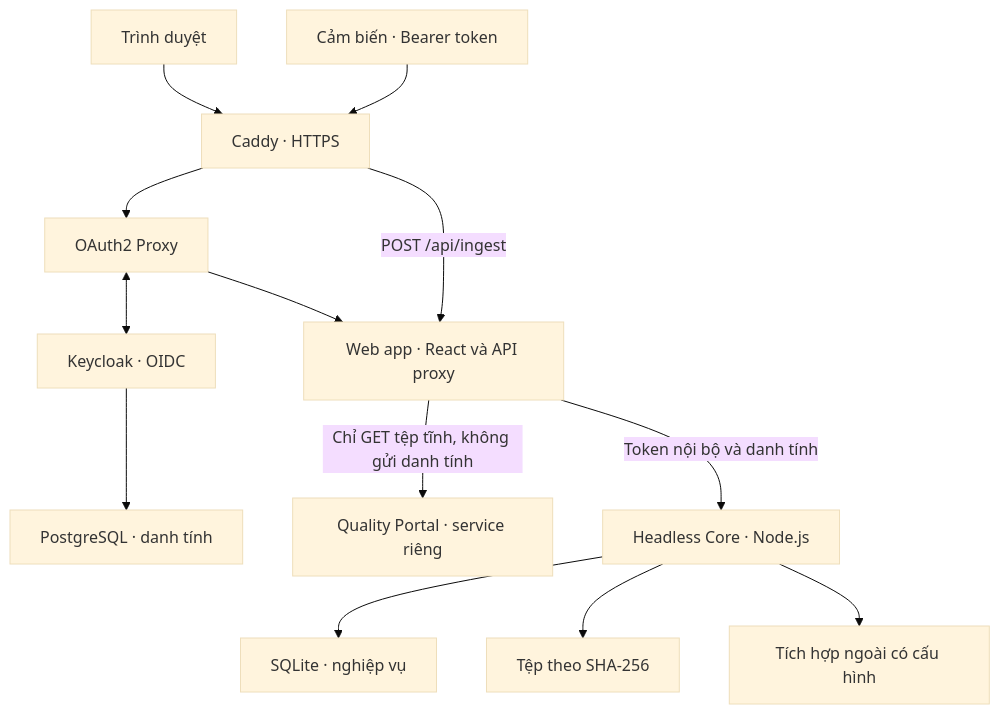
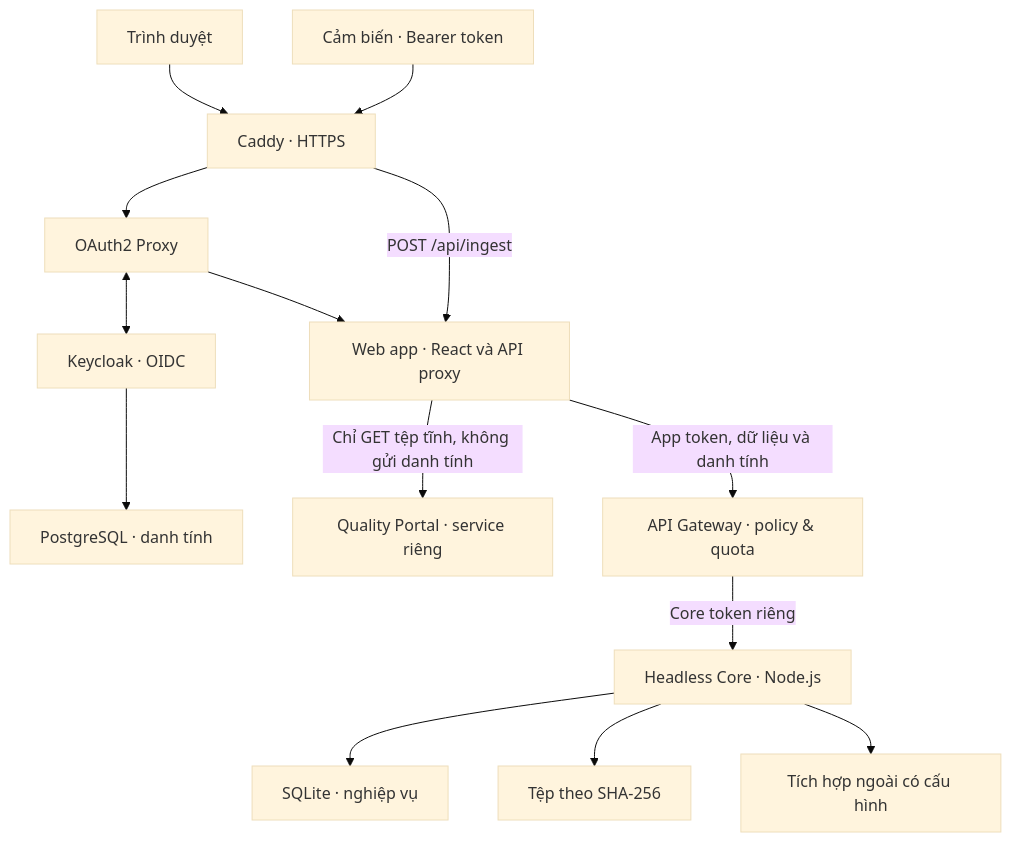
The diagram in README.md (ngochieu1762005/dx_trace), drawn with Mermaid (base theme) before and after one commit. The commit also changed other lines of this file, not shown here.

Commit message:
docs(readme): document gateway boundary without claiming release

````diff
--- a/README.md
+++ b/README.md
@@ -91,15 +91,16 @@
 ```mermaid
 flowchart TD
     Browser["Trình duyệt"] --> Edge["Caddy · HTTPS"]
     Device["Cảm biến · Bearer token"] --> Edge
     Edge --> Signin["OAuth2 Proxy"]
     Signin <--> Identity["Keycloak · OIDC"]
     Identity --> IdentityDB["PostgreSQL · danh tính"]
     Signin --> App["Web app · React và API proxy"]
     Edge -->|"POST /api/ingest"| App
     App -->|"Chỉ GET tệp tĩnh, không gửi danh tính"| QA["Quality Portal · service riêng"]
-    App -->|"Token nội bộ và danh tính"| Core["Headless Core · Node.js"]
+    App -->|"App token, dữ liệu và danh tính"| Policy["API Gateway · policy & quota"]
+    Policy -->|"Core token riêng"| Core["Headless Core · Node.js"]
     Core --> SQL["SQLite · nghiệp vụ"]
     Core --> Objects["Tệp theo SHA-256"]
     Core --> Integration["Tích hợp ngoài có cấu hình"]
 ```
````
